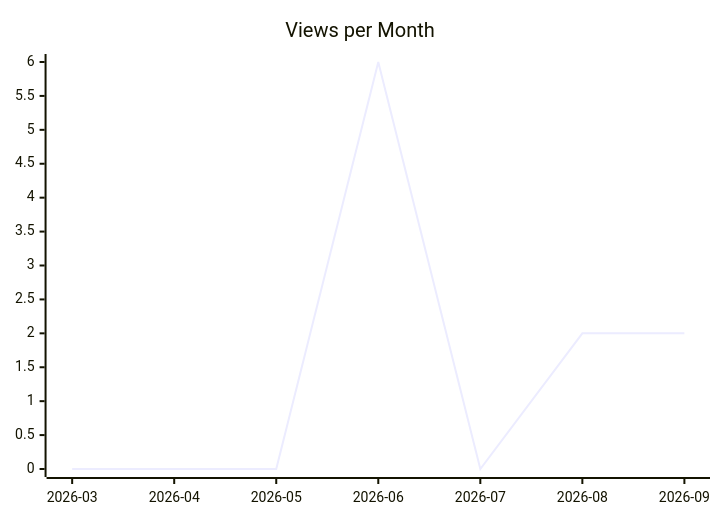
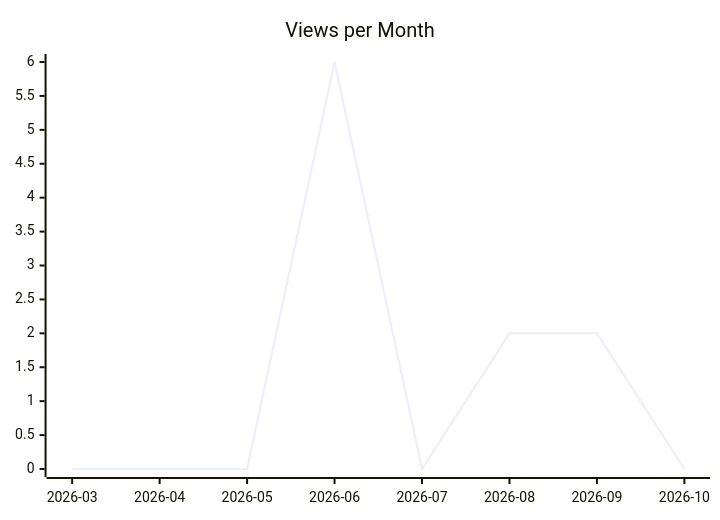
The second of 3 diagrams in karlmdavis/ansible-role-ldap/README.md (justdavis-family/github-analytics-data), drawn with Mermaid before and after one commit. The commit also changed other lines of this file and 202 other files, not shown here.

````diff
--- a/karlmdavis/ansible-role-ldap/README.md
+++ b/karlmdavis/ansible-role-ldap/README.md
@@ -12,6 +12,6 @@
 ```mermaid
 xychart-beta
   title "Views per Month"
-  x-axis ["2026-03", "2026-04", "2026-05", "2026-06", "2026-07", "2026-08", "2026-09"]
-  line [0, 0, 0, 6, 0, 2, 2]
+  x-axis ["2026-03", "2026-04", "2026-05", "2026-06", "2026-07", "2026-08", "2026-09", "2026-10"]
+  line [0, 0, 0, 6, 0, 2, 2, 0]
 ```
````
